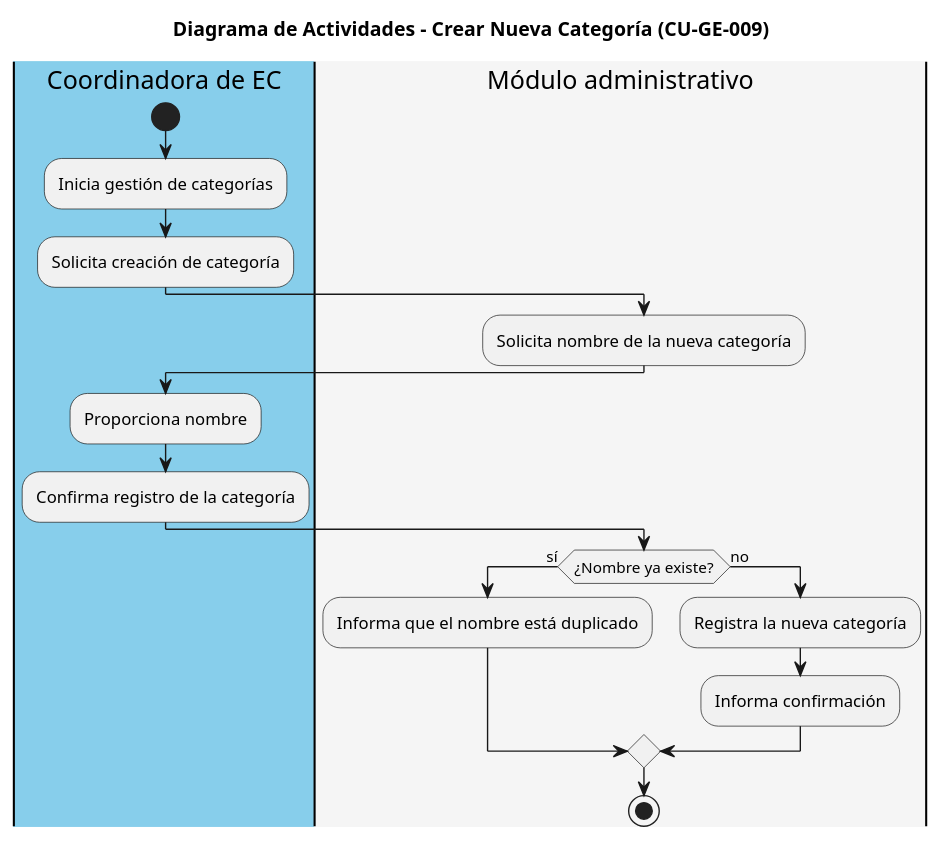
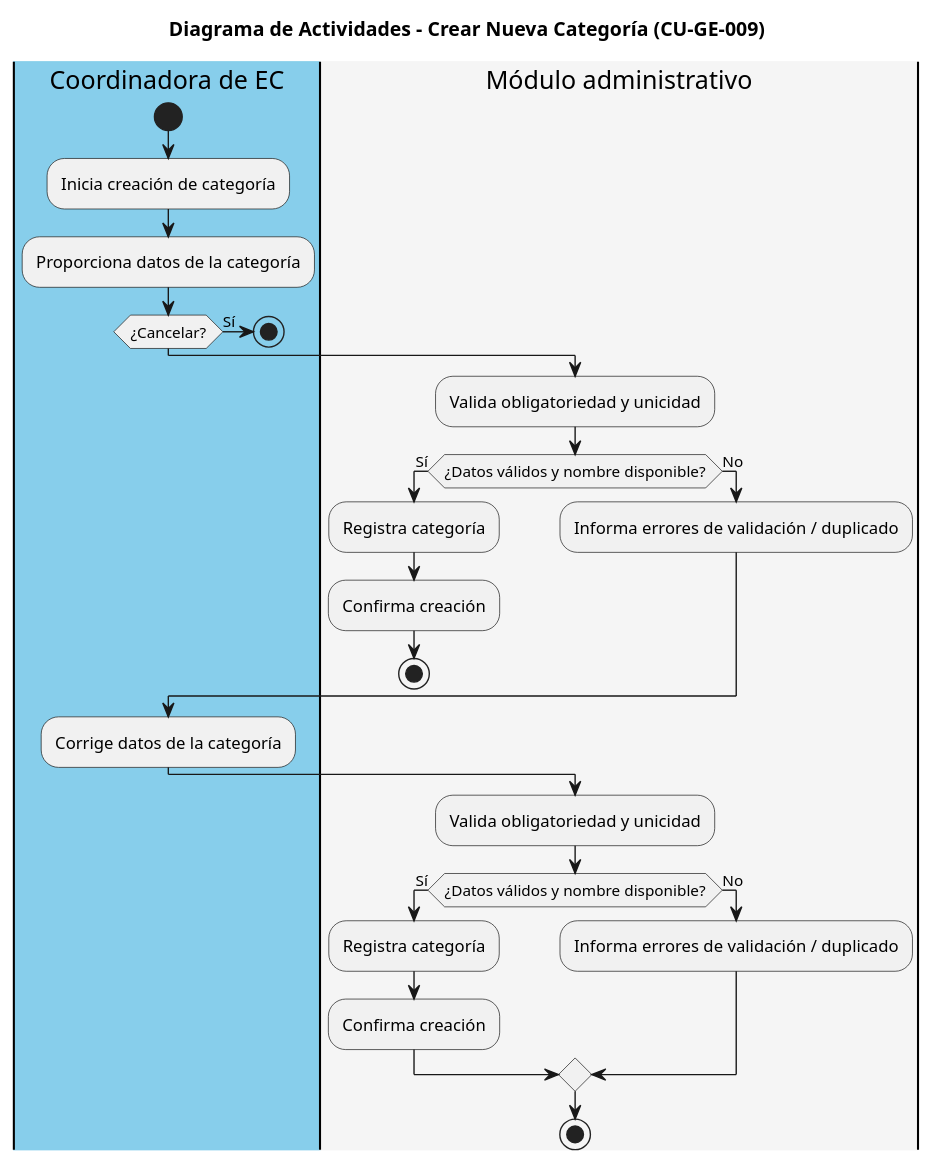
Before and after one commit to iKinoo/baby-salesforce-admin-module: the diagram in code/CU-GE-009_Crear_Categoria.puml, drawn with PlantUML.

Commit message:
Update diagram CU-GE-009_Create_Category

```diff
--- a/code/CU-GE-009_Crear_Categoria.puml
+++ b/code/CU-GE-009_Crear_Categoria.puml
@@ -1,24 +1,35 @@
 @startuml CU-GE-009_Crear_Categoria
 title Diagrama de Actividades - Crear Nueva Categoría (CU-GE-009)
 
 |#skyblue|Coordinadora de EC|
 start
-:Inicia gestión de categorías;
-:Solicita creación de categoría;
+:Inicia creación de categoría;
+:Proporciona datos de la categoría;
+if (¿Cancelar?) then (Sí)
+  stop
+endif
 
 |#whitesmoke|Módulo administrativo|
-:Solicita nombre de la nueva categoría;
+:Valida obligatoriedad y unicidad;
+if (¿Datos válidos y nombre disponible?) then (Sí)
+  :Registra categoría;
+  :Confirma creación;
+  stop
+else (No)
+  :Informa errores de validación / duplicado;
+endif
 
 |#skyblue|Coordinadora de EC|
-:Proporciona nombre;
-:Confirma registro de la categoría;
+:Corrige datos de la categoría;
 
 |#whitesmoke|Módulo administrativo|
-if (¿Nombre ya existe?) then (sí)
-  :Informa que el nombre está duplicado;
-else (no)
-  :Registra la nueva categoría;
-  :Informa confirmación;
+:Valida obligatoriedad y unicidad;
+if (¿Datos válidos y nombre disponible?) then (Sí)
+  :Registra categoría;
+  :Confirma creación;
+else (No)
+  :Informa errores de validación / duplicado;
 endif
+
 stop
 @enduml
```
